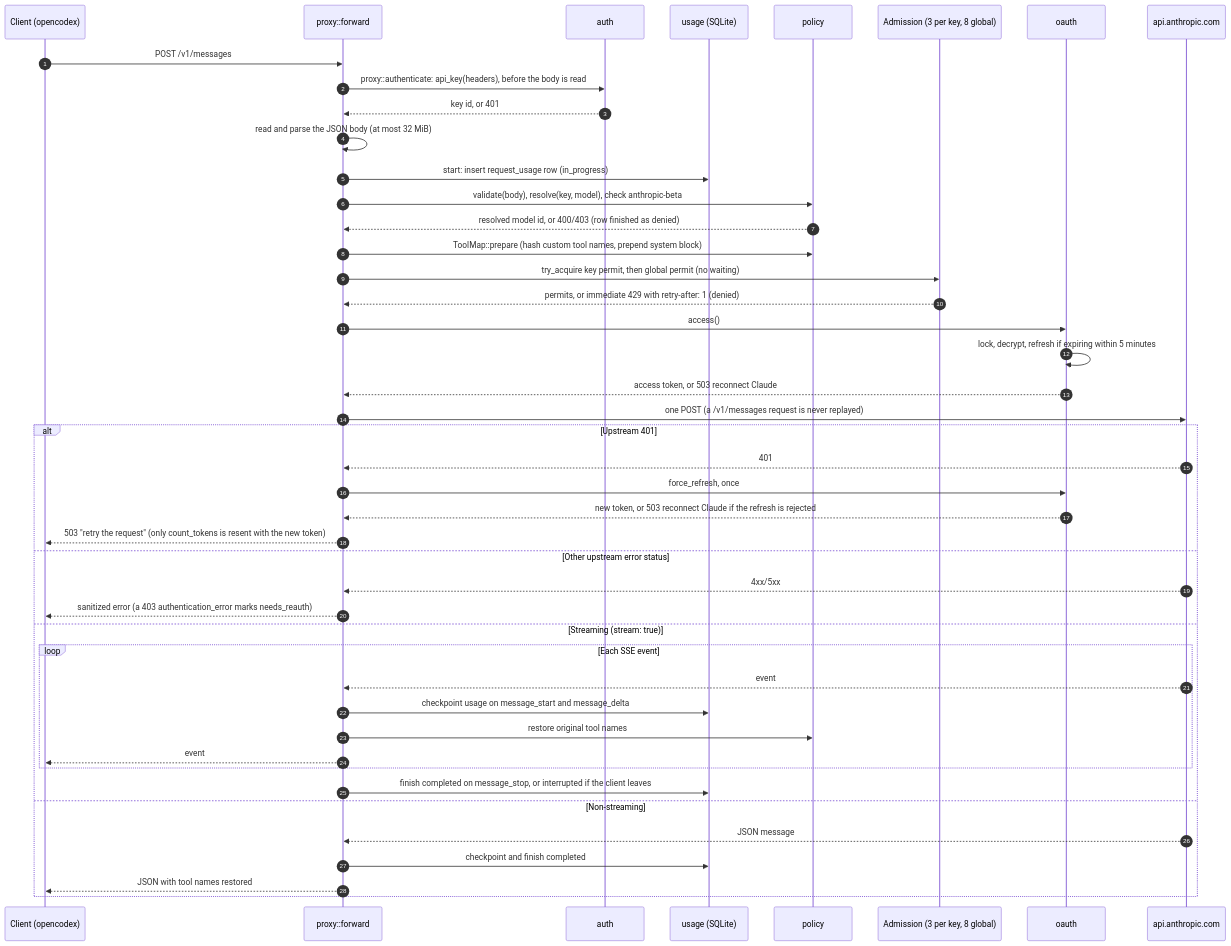
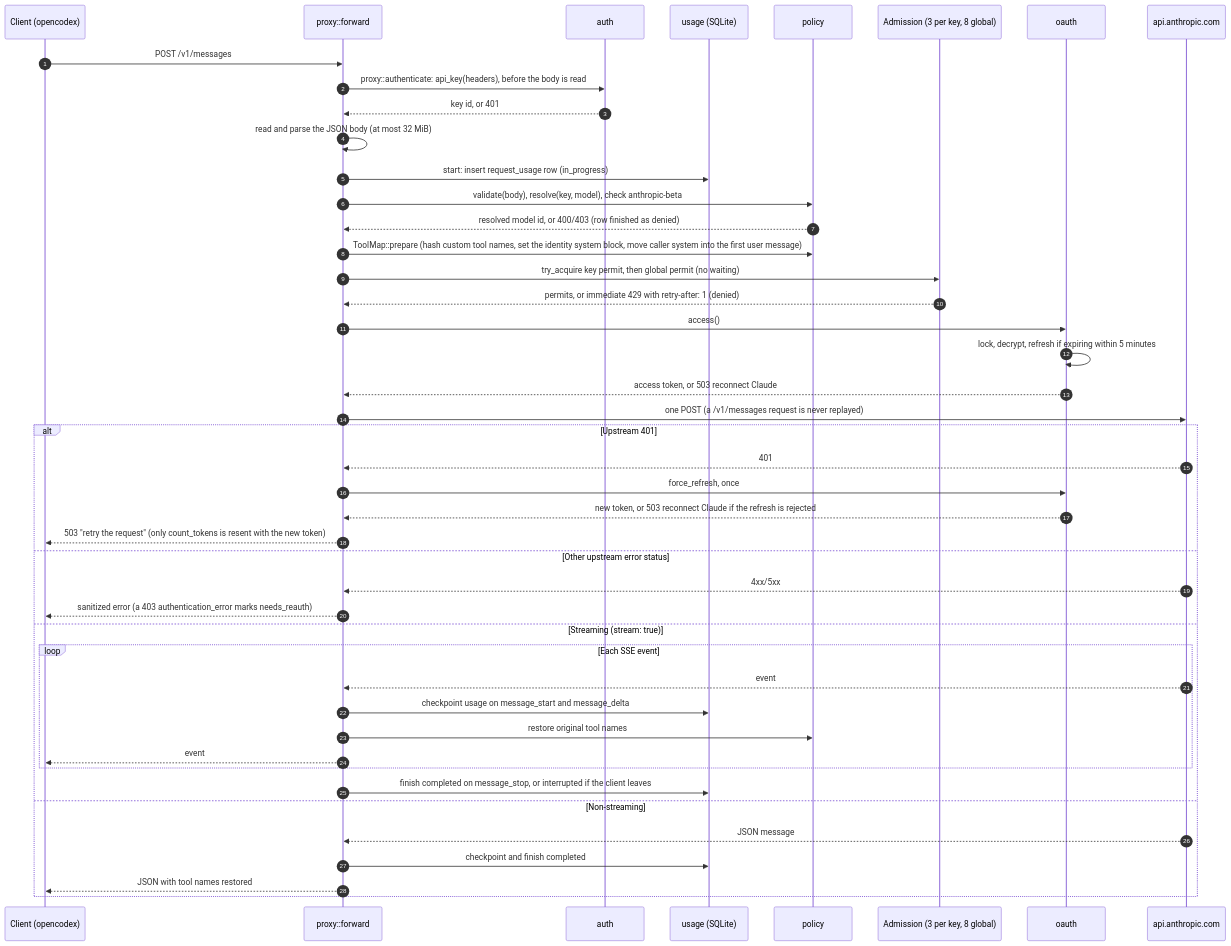
Before and after one commit to SobshDev/share_your_claude: the diagram in docs/architecture.md, drawn with Mermaid. The commit also changed other lines of this file and 6 other files, not shown here.

Commit message:
fix(policy): move client system prompts into the first user message (#86)

````diff
--- a/docs/architecture.md
+++ b/docs/architecture.md
@@ -25,48 +25,48 @@
 ```mermaid
 sequenceDiagram
     autonumber
     participant C as Client (opencodex)
     participant P as proxy::forward
     participant A as auth
     participant U as usage (SQLite)
     participant Pol as policy
     participant S as Admission (3 per key, 8 global)
     participant O as oauth
     participant Up as api.anthropic.com
 
     C->>P: POST /v1/messages
     P->>A: proxy::authenticate: api_key(headers), before the body is read
     A-->>P: key id, or 401
     P->>P: read and parse the JSON body (at most 32 MiB)
     P->>U: start: insert request_usage row (in_progress)
     P->>Pol: validate(body), resolve(key, model), check anthropic-beta
     Pol-->>P: resolved model id, or 400/403 (row finished as denied)
-    P->>Pol: ToolMap::prepare (hash custom tool names, prepend system block)
+    P->>Pol: ToolMap::prepare (hash custom tool names, set the identity system block, move caller system into the first user message)
     P->>S: try_acquire key permit, then global permit (no waiting)
     S-->>P: permits, or immediate 429 with retry-after: 1 (denied)
     P->>O: access()
     O->>O: lock, decrypt, refresh if expiring within 5 minutes
     O-->>P: access token, or 503 reconnect Claude
     P->>Up: one POST (a /v1/messages request is never replayed)
     alt Upstream 401
         Up-->>P: 401
         P->>O: force_refresh, once
         O-->>P: new token, or 503 reconnect Claude if the refresh is rejected
         P-->>C: 503 "retry the request" (only count_tokens is resent with the new token)
     else Other upstream error status
         Up-->>P: 4xx/5xx
         P-->>C: sanitized error (a 403 authentication_error marks needs_reauth)
     else Streaming (stream: true)
         loop Each SSE event
             Up-->>P: event
             P->>U: checkpoint usage on message_start and message_delta
             P->>Pol: restore original tool names
             P-->>C: event
         end
         P->>U: finish completed on message_stop, or interrupted if the client leaves
     else Non-streaming
         Up-->>P: JSON message
         P->>U: checkpoint and finish completed
         P-->>C: JSON with tool names restored
     end
 ```
````
